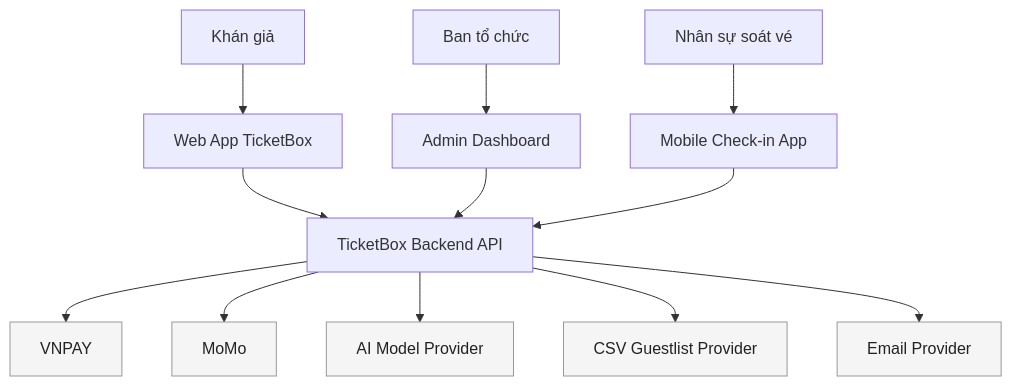
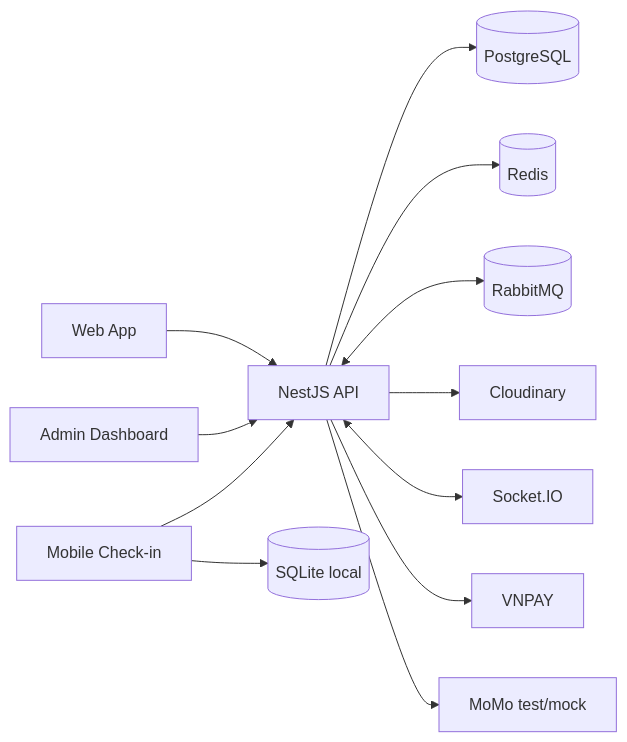
Before and after one commit to SoftwareDesignk23/Software-Design-TicketBox: the diagram in blueprint/design.md, drawn with Mermaid. The commit also changed other lines of this file, not shown here.

````diff
--- a/blueprint/design.md
+++ b/blueprint/design.md
@@ -58,19 +11,14 @@
 ```mermaid
-flowchart TB
-	audience[Khán giả] --> web[Web App TicketBox]
-	organizer[Ban tổ chức] --> admin[Admin Dashboard]
-	staff[Nhân sự soát vé] --> mobile[Mobile Check-in App]
-
-	web --> api[TicketBox Backend API]
-	admin --> api
-	mobile --> api
-
-	api --> vnpay[VNPAY]
-	api --> momo[MoMo]
-	api --> ai[AI Model Provider]
-	api --> sponsor[CSV Guestlist Provider]
-	api --> email[Email Provider]
-
-	classDef ext fill:#f5f5f5,stroke:#999,color:#222;
-	class vnpay,momo,ai,sponsor,email ext;
+flowchart LR
+  web[Web App] --> api[NestJS API]
+  admin[Admin Dashboard] --> api
+  mobile[Mobile Check-in] --> api
+  api --> pg[(PostgreSQL)]
+  api --> redis[(Redis)]
+  api <--> rabbit[(RabbitMQ)]
+  api --> cloudinary[Cloudinary]
+  api <--> socket[Socket.IO]
+  api --> vnpay[VNPAY]
+  api --> momo[MoMo test/mock]
+  mobile --> sqlite[(SQLite local)]
 ```
````
